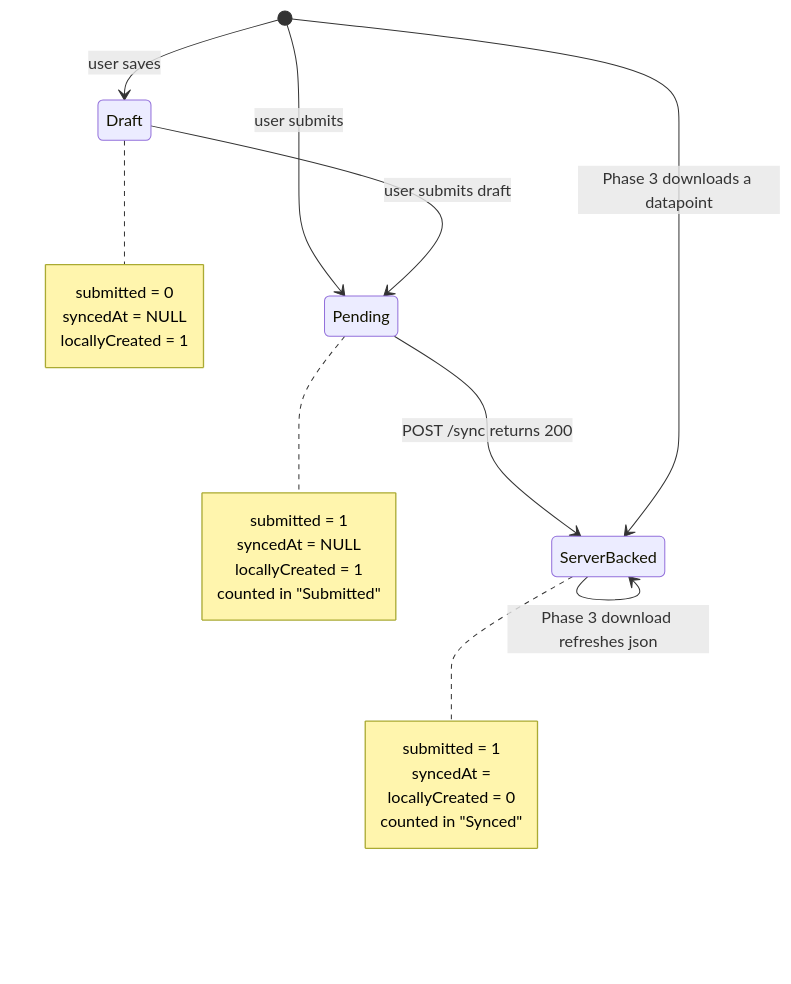
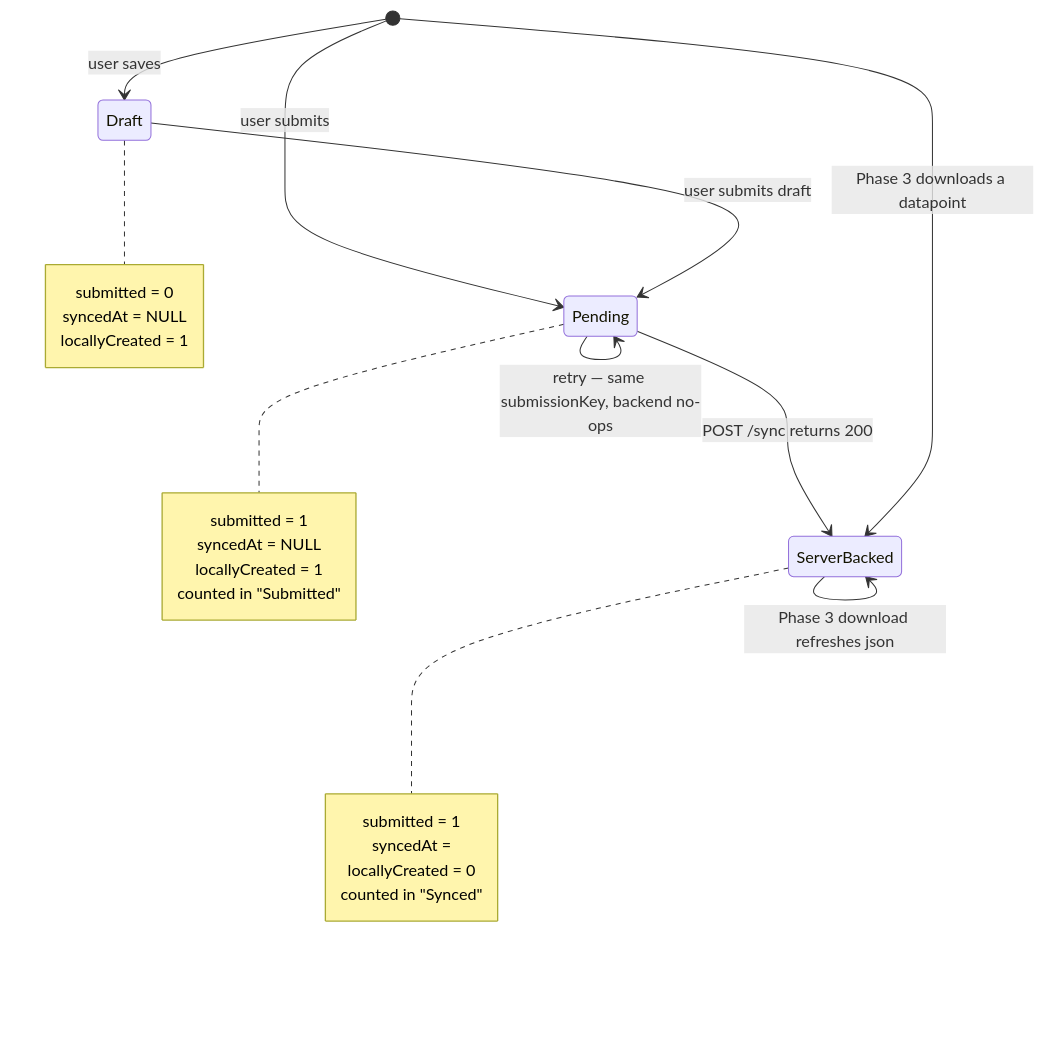
The first of 3 diagrams in doc/design/APP-255-submitted-datapoint-lifecycle.md (akvo/akvo-mis), drawn with Mermaid before and after one commit. The commit also changed other lines of this file and 4 other files, not shown here.

````diff
--- a/doc/design/APP-255-submitted-datapoint-lifecycle.md
+++ b/doc/design/APP-255-submitted-datapoint-lifecycle.md
@@ -90,29 +113,30 @@
 ```mermaid
 stateDiagram-v2
     [*] --> Draft: user saves
     [*] --> Pending: user submits
     Draft --> Pending: user submits draft
     Pending --> ServerBacked: POST /sync returns 200
+    Pending --> Pending: retry — same submissionKey, backend no-ops
     ServerBacked --> ServerBacked: Phase 3 download refreshes json
     [*] --> ServerBacked: Phase 3 downloads a datapoint
 
     note right of Draft
         submitted = 0
         syncedAt = NULL
         locallyCreated = 1
     end note
 
     note right of Pending
         submitted = 1
         syncedAt = NULL
         locallyCreated = 1
         counted in "Submitted"
     end note
 
     note right of ServerBacked
         submitted = 1
         syncedAt = <timestamp>
         locallyCreated = 0
         counted in "Synced"
     end note
 ```
````
